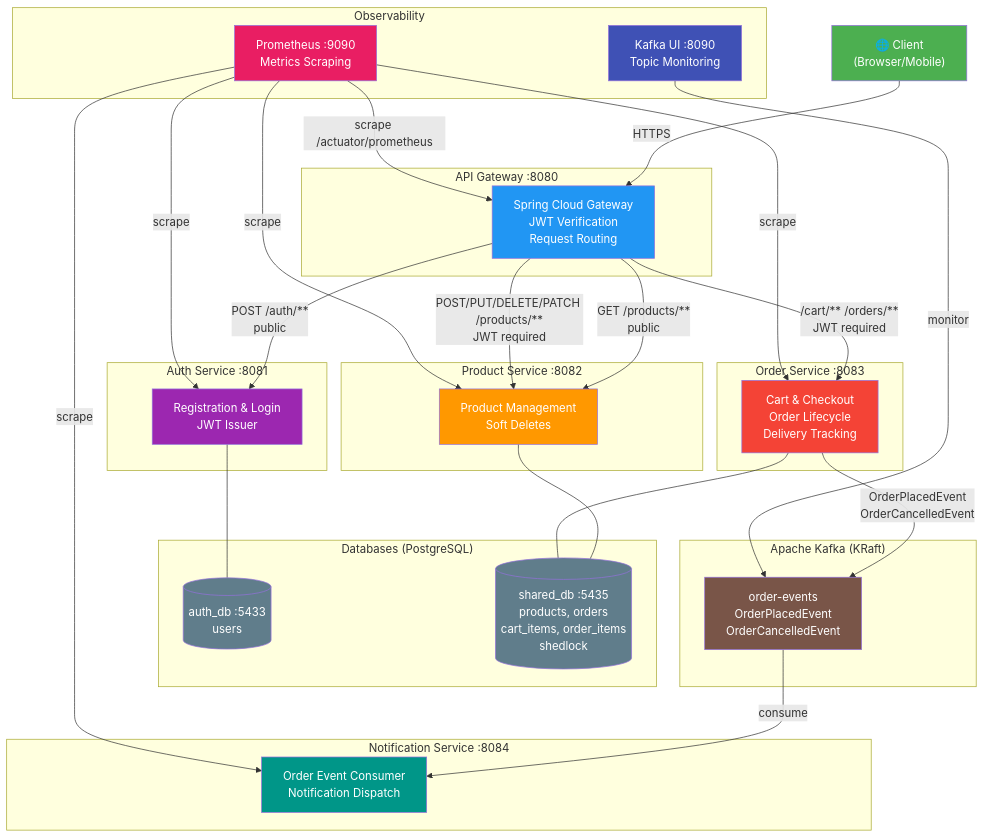
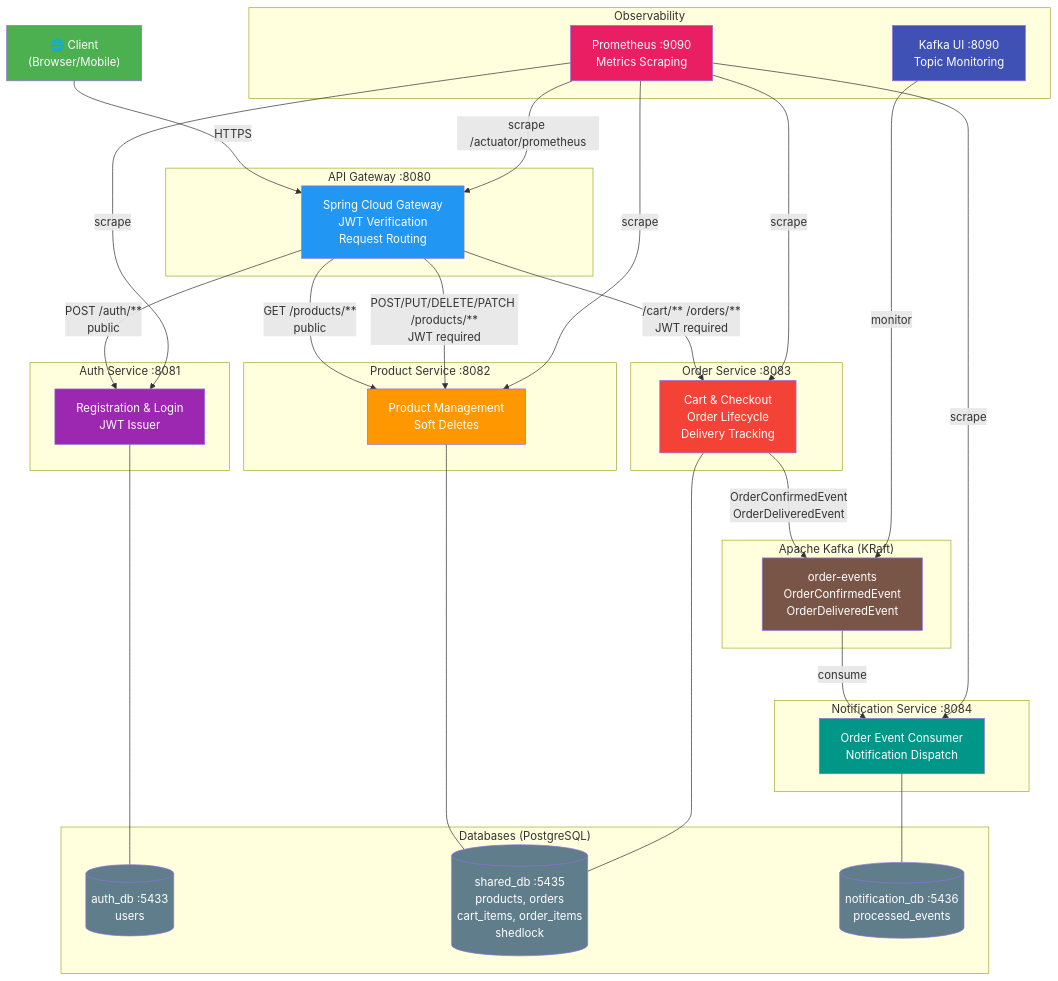
The second of 2 diagrams in README.md (Arayikdev/OmniShop), drawn with Mermaid before and after one commit. The commit also changed other lines of this file, not shown here.

Commit message:
Fix README: add notification_db, fix Kafka events, fix delivery timeline, update env vars and k8s manifests

````diff
--- a/README.md
+++ b/README.md
@@ -95,72 +95,75 @@
 ```mermaid
 graph TB
     Client["🌐 Client<br/>(Browser/Mobile)"]
 
     subgraph Gateway["API Gateway :8080"]
         GW["Spring Cloud Gateway<br/>JWT Verification<br/>Request Routing"]
     end
 
     subgraph AuthSvc["Auth Service :8081"]
         AS["Registration & Login<br/>JWT Issuer"]
     end
 
     subgraph ProductSvc["Product Service :8082"]
         PS["Product Management<br/>Soft Deletes"]
     end
 
     subgraph OrderSvc["Order Service :8083"]
         OS["Cart & Checkout<br/>Order Lifecycle<br/>Delivery Tracking"]
     end
 
     subgraph NotifSvc["Notification Service :8084"]
         NS["Order Event Consumer<br/>Notification Dispatch"]
     end
 
     subgraph Databases["Databases (PostgreSQL)"]
         AuthDB[("auth_db :5433<br/>users")]
         SharedDB[("shared_db :5435<br/>products, orders<br/>cart_items, order_items<br/>shedlock")]
+        NotifDB[("notification_db :5436<br/>processed_events")]
     end
 
     subgraph Messaging["Apache Kafka (KRaft)"]
-        OE["order-events<br/>OrderPlacedEvent<br/>OrderCancelledEvent"]
+        OE["order-events<br/>OrderConfirmedEvent<br/>OrderDeliveredEvent"]
     end
 
     subgraph Observability["Observability"]
         PROM["Prometheus :9090<br/>Metrics Scraping"]
         KUI["Kafka UI :8090<br/>Topic Monitoring"]
     end
 
     Client -->|"HTTPS"| GW
 
     GW -->|"POST /auth/**<br/>public"| AS
     GW -->|"GET /products/**<br/>public"| PS
     GW -->|"POST/PUT/DELETE/PATCH /products/**<br/>JWT required"| PS
     GW -->|"/cart/** /orders/**<br/>JWT required"| OS
 
-    OS -->|"OrderPlacedEvent<br/>OrderCancelledEvent"| OE
+    OS -->|"OrderConfirmedEvent<br/>OrderDeliveredEvent"| OE
     OE -->|"consume"| NS
 
     AS --- AuthDB
     PS --- SharedDB
     OS --- SharedDB
+    NS --- NotifDB
 
     PROM -->|"scrape /actuator/prometheus"| GW
     PROM -->|"scrape"| AS
     PROM -->|"scrape"| PS
     PROM -->|"scrape"| OS
     PROM -->|"scrape"| NS
 
     KUI -->|"monitor"| OE
 
     style Client fill:#4CAF50,color:#fff
     style GW fill:#2196F3,color:#fff
     style AS fill:#9C27B0,color:#fff
     style PS fill:#FF9800,color:#fff
     style OS fill:#F44336,color:#fff
     style NS fill:#009688,color:#fff
     style AuthDB fill:#607D8B,color:#fff
     style SharedDB fill:#607D8B,color:#fff
+    style NotifDB fill:#607D8B,color:#fff
     style OE fill:#795548,color:#fff
     style PROM fill:#E91E63,color:#fff
     style KUI fill:#3F51B5,color:#fff
 ```
````
